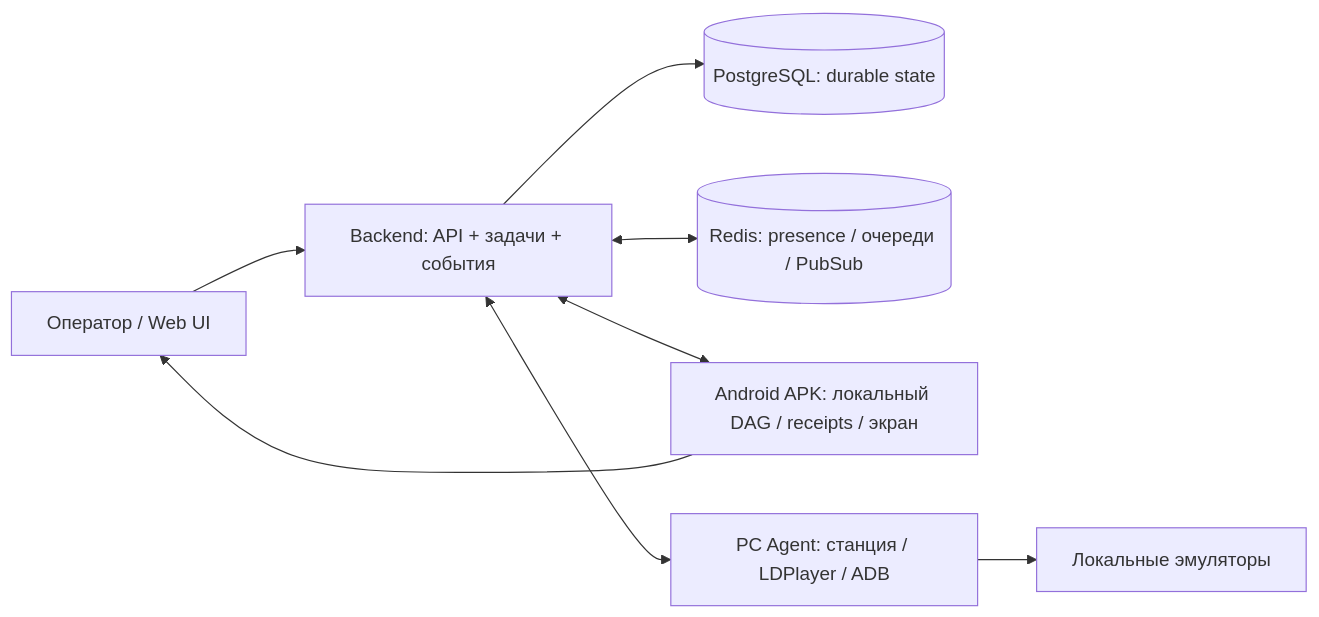
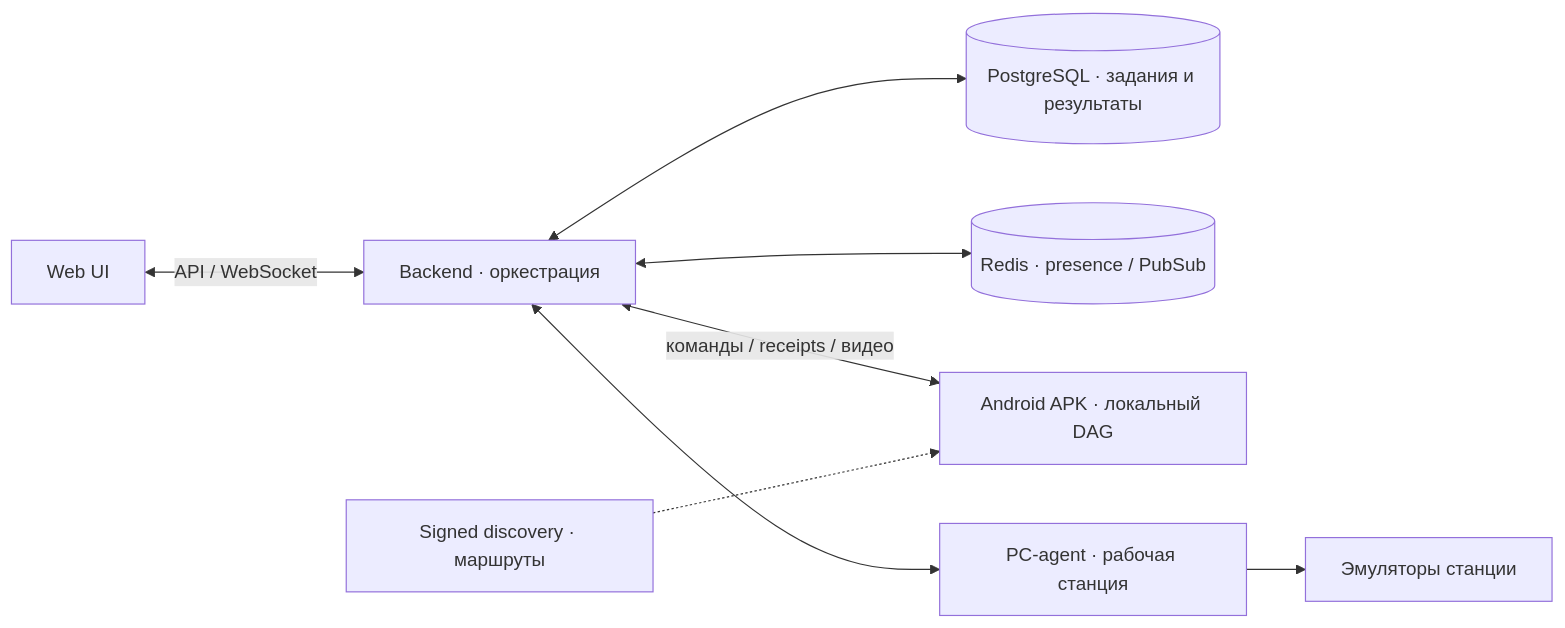
One commit to RootOne1337/sphere-platform changed the diagram in README.md. Above: the diagram before and after it, drawn with Mermaid. The commit also changed other lines of this file and 21 other files, not shown here.

````diff
--- a/README.md
+++ b/README.md
@@ -125,10 +94,10 @@
 ```mermaid
 flowchart LR
-    O[Оператор / Web UI] --> B[Backend: API + задачи + события]
-    B --> P[(PostgreSQL: durable state)]
-    B <--> R[(Redis: presence / очереди / PubSub)]
-    B <--> A[Android APK: локальный DAG / receipts / экран]
-    B <--> C[PC Agent: станция / LDPlayer / ADB]
-    C --> E[Локальные эмуляторы]
-    A --> O
+    Web["Web UI"] <-->|"API / WebSocket"| API["Backend · оркестрация"]
+    API <--> SQL[("PostgreSQL · задания и результаты")]
+    API <--> Redis[("Redis · presence / PubSub")]
+    API <-->|"команды / receipts / видео"| APK["Android APK · локальный DAG"]
+    API <--> PC["PC-agent · рабочая станция"]
+    PC --> Emulators["Эмуляторы станции"]
+    Discovery["Signed discovery · маршруты"] -.-> APK
 ```
````
